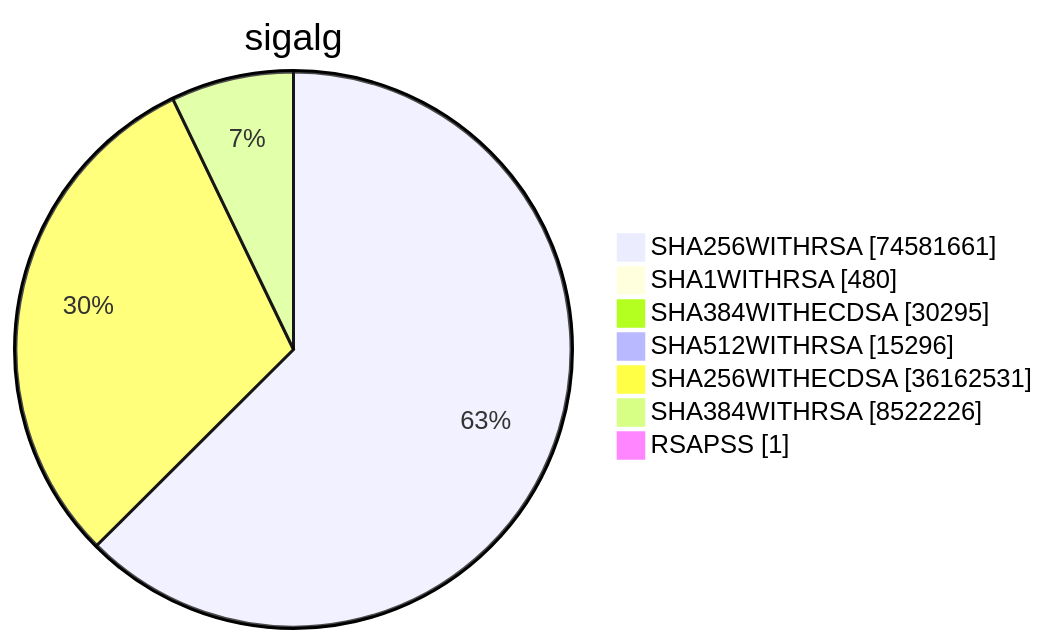
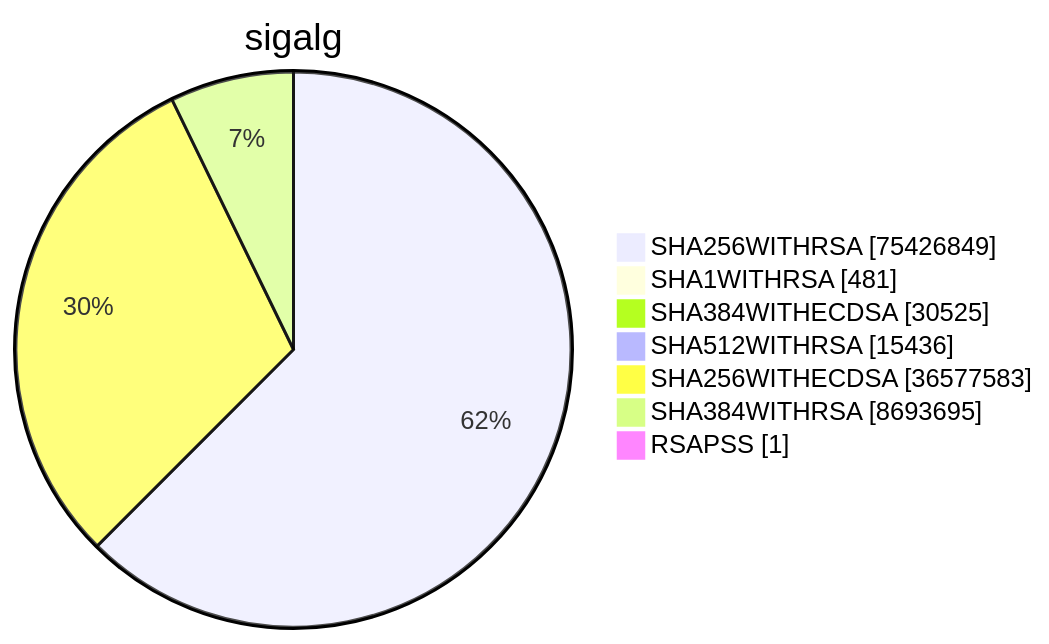
Before and after one commit to christiankrug/ctmonitor_visualization: diagram 15 of 15 in xenon2023/README.md, drawn with Mermaid. The commit also changed other lines of this file, not shown here.

````diff
--- a/xenon2023/README.md
+++ b/xenon2023/README.md
@@ -4542,11 +4548,11 @@
 ```mermaid
 pie showData
 title sigalg
-"SHA256WITHRSA" :74581661
-"SHA1WITHRSA" :480
-"SHA384WITHECDSA" :30295
-"SHA512WITHRSA" :15296
-"SHA256WITHECDSA" :36162531
-"SHA384WITHRSA" :8522226
+"SHA256WITHRSA" :75426849
+"SHA1WITHRSA" :481
+"SHA384WITHECDSA" :30525
+"SHA512WITHRSA" :15436
+"SHA256WITHECDSA" :36577583
+"SHA384WITHRSA" :8693695
 "RSAPSS" :1
 ```
````
